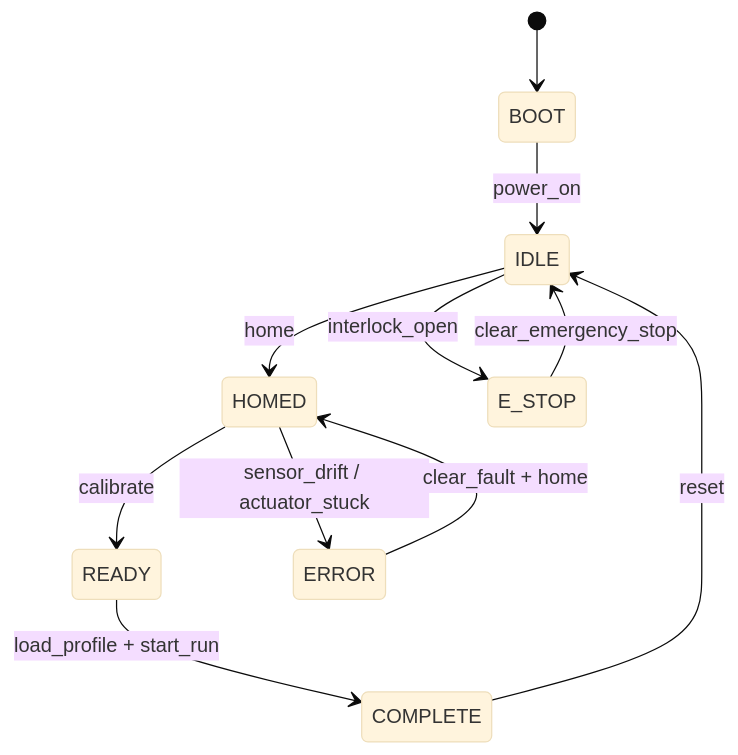
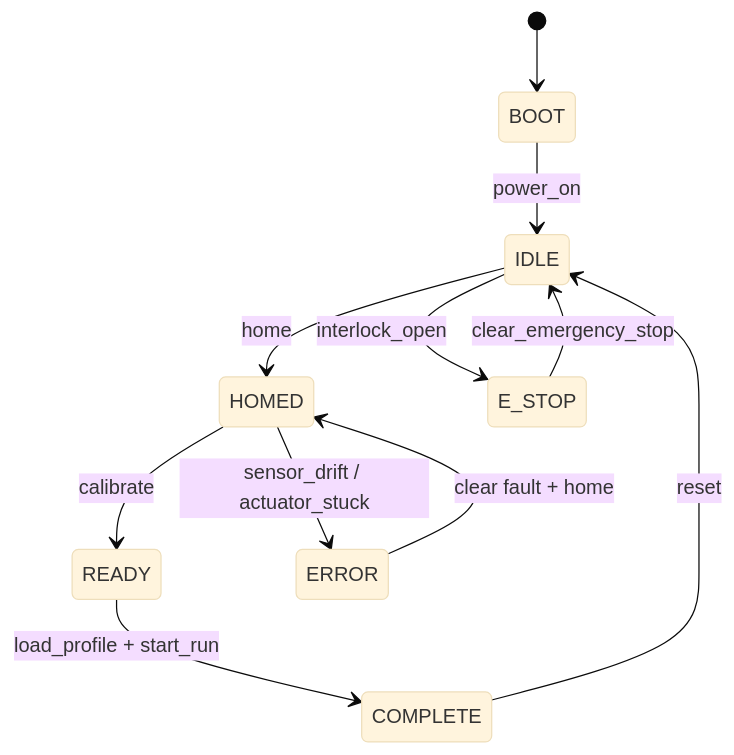
One commit to KristenYue/edge-device-verification-lab changed the first of 2 diagrams in README.md. Above: the diagram before and after it, drawn with Mermaid (base theme). The commit also changed other lines of this file, not shown here.

````diff
--- a/README.md
+++ b/README.md
@@ -156,14 +26,13 @@
 ```mermaid
 stateDiagram-v2
     [*] --> BOOT
     BOOT --> IDLE: power_on
     IDLE --> HOMED: home
     HOMED --> READY: calibrate
     READY --> COMPLETE: load_profile + start_run
     COMPLETE --> IDLE: reset
-
     IDLE --> E_STOP: interlock_open
     HOMED --> ERROR: sensor_drift / actuator_stuck
-    ERROR --> HOMED: clear_fault + home
+    ERROR --> HOMED: clear fault + home
     E_STOP --> IDLE: clear_emergency_stop
 ```
````
